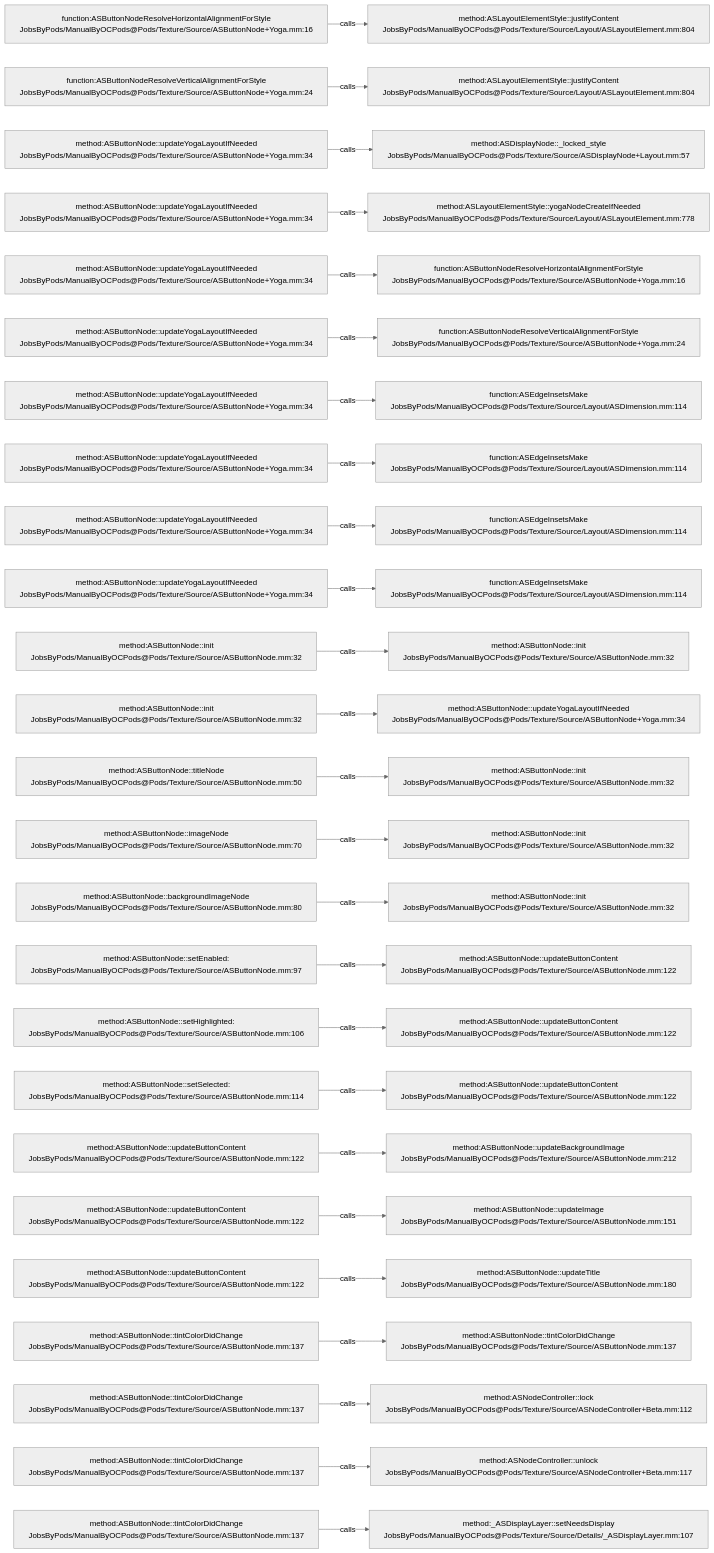
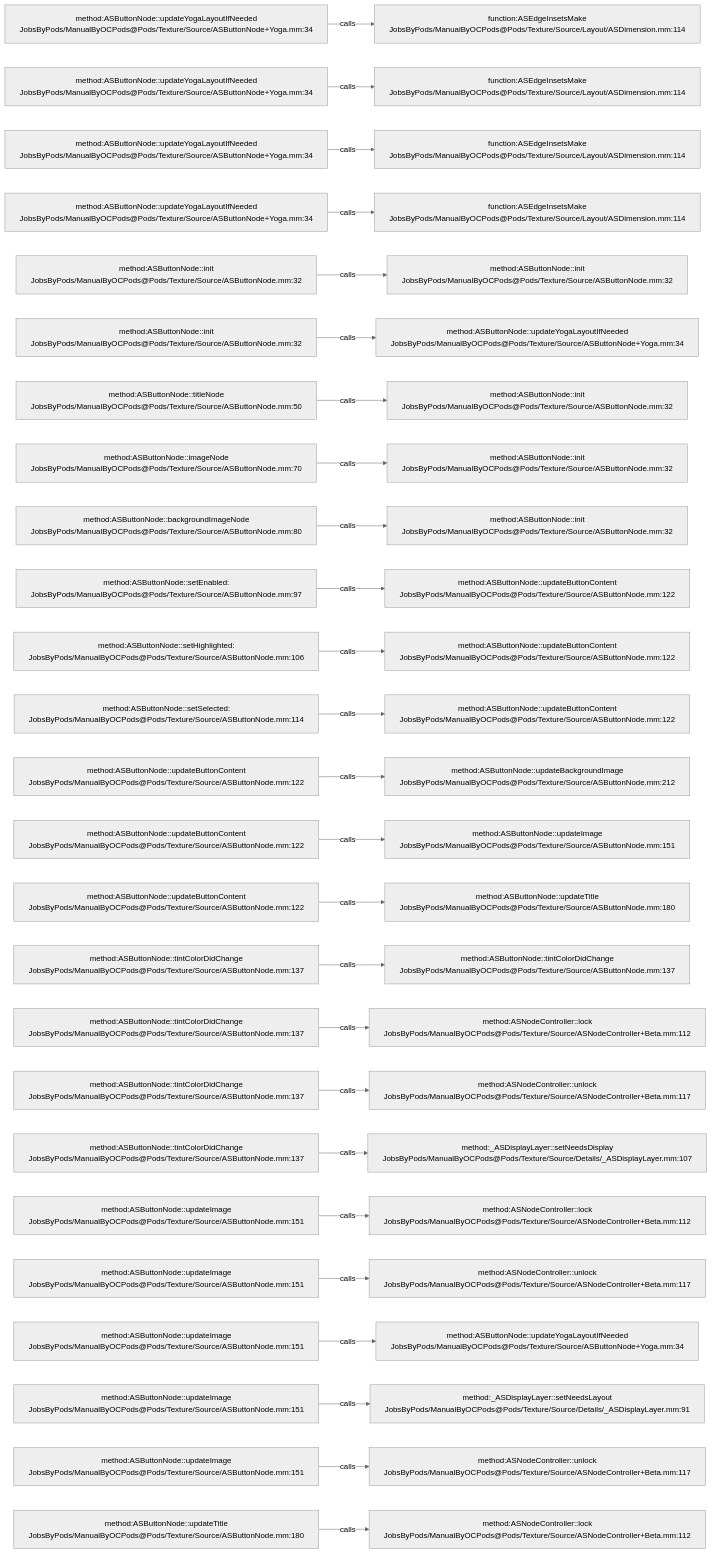
Before and after one commit to JobsKits/JobsOCBaseConfigDemo: the diagram in .codegraph/codegraph.md/graphs/calls-063.md, drawn with Mermaid (neutral theme). The commit also changed 666 other files, not shown here.

````diff
--- a/.codegraph/codegraph.md/graphs/calls-063.md
+++ b/.codegraph/codegraph.md/graphs/calls-063.md
@@ -13,78 +13,78 @@
 ```mermaid
 flowchart LR
-  S1["function:ASButtonNodeResolveHorizontalAlignmentForStyle<br/>JobsByPods/ManualByOCPods@Pods/Texture/Source/ASButtonNode+Yoga.mm:16"]
-  T1["method:ASLayoutElementStyle::justifyContent<br/>JobsByPods/ManualByOCPods@Pods/Texture/Source/Layout/ASLayoutElement.mm:804"]
+  S1["method:ASButtonNode::updateYogaLayoutIfNeeded<br/>JobsByPods/ManualByOCPods@Pods/Texture/Source/ASButtonNode+Yoga.mm:34"]
+  T1["function:ASEdgeInsetsMake<br/>JobsByPods/ManualByOCPods@Pods/Texture/Source/Layout/ASDimension.mm:114"]
   S1 -->|calls| T1
-  S2["function:ASButtonNodeResolveVerticalAlignmentForStyle<br/>JobsByPods/ManualByOCPods@Pods/Texture/Source/ASButtonNode+Yoga.mm:24"]
-  T2["method:ASLayoutElementStyle::justifyContent<br/>JobsByPods/ManualByOCPods@Pods/Texture/Source/Layout/ASLayoutElement.mm:804"]
+  S2["method:ASButtonNode::updateYogaLayoutIfNeeded<br/>JobsByPods/ManualByOCPods@Pods/Texture/Source/ASButtonNode+Yoga.mm:34"]
+  T2["function:ASEdgeInsetsMake<br/>JobsByPods/ManualByOCPods@Pods/Texture/Source/Layout/ASDimension.mm:114"]
   S2 -->|calls| T2
   S3["method:ASButtonNode::updateYogaLayoutIfNeeded<br/>JobsByPods/ManualByOCPods@Pods/Texture/Source/ASButtonNode+Yoga.mm:34"]
-  T3["method:ASDisplayNode::_locked_style<br/>JobsByPods/ManualByOCPods@Pods/Texture/Source/ASDisplayNode+Layout.mm:57"]
+  T3["function:ASEdgeInsetsMake<br/>JobsByPods/ManualByOCPods@Pods/Texture/Source/Layout/ASDimension.mm:114"]
   S3 -->|calls| T3
   S4["method:ASButtonNode::updateYogaLayoutIfNeeded<br/>JobsByPods/ManualByOCPods@Pods/Texture/Source/ASButtonNode+Yoga.mm:34"]
-  T4["method:ASLayoutElementStyle::yogaNodeCreateIfNeeded<br/>JobsByPods/ManualByOCPods@Pods/Texture/Source/Layout/ASLayoutElement.mm:778"]
+  T4["function:ASEdgeInsetsMake<br/>JobsByPods/ManualByOCPods@Pods/Texture/Source/Layout/ASDimension.mm:114"]
   S4 -->|calls| T4
-  S5["method:ASButtonNode::updateYogaLayoutIfNeeded<br/>JobsByPods/ManualByOCPods@Pods/Texture/Source/ASButtonNode+Yoga.mm:34"]
-  T5["function:ASButtonNodeResolveHorizontalAlignmentForStyle<br/>JobsByPods/ManualByOCPods@Pods/Texture/Source/ASButtonNode+Yoga.mm:16"]
+  S5["method:ASButtonNode::init<br/>JobsByPods/ManualByOCPods@Pods/Texture/Source/ASButtonNode.mm:32"]
+  T5["method:ASButtonNode::init<br/>JobsByPods/ManualByOCPods@Pods/Texture/Source/ASButtonNode.mm:32"]
   S5 -->|calls| T5
-  S6["method:ASButtonNode::updateYogaLayoutIfNeeded<br/>JobsByPods/ManualByOCPods@Pods/Texture/Source/ASButtonNode+Yoga.mm:34"]
-  T6["function:ASButtonNodeResolveVerticalAlignmentForStyle<br/>JobsByPods/ManualByOCPods@Pods/Texture/Source/ASButtonNode+Yoga.mm:24"]
+  S6["method:ASButtonNode::init<br/>JobsByPods/ManualByOCPods@Pods/Texture/Source/ASButtonNode.mm:32"]
+  T6["method:ASButtonNode::updateYogaLayoutIfNeeded<br/>JobsByPods/ManualByOCPods@Pods/Texture/Source/ASButtonNode+Yoga.mm:34"]
   S6 -->|calls| T6
-  S7["method:ASButtonNode::updateYogaLayoutIfNeeded<br/>JobsByPods/ManualByOCPods@Pods/Texture/Source/ASButtonNode+Yoga.mm:34"]
-  T7["function:ASEdgeInsetsMake<br/>JobsByPods/ManualByOCPods@Pods/Texture/Source/Layout/ASDimension.mm:114"]
+  S7["method:ASButtonNode::titleNode<br/>JobsByPods/ManualByOCPods@Pods/Texture/Source/ASButtonNode.mm:50"]
+  T7["method:ASButtonNode::init<br/>JobsByPods/ManualByOCPods@Pods/Texture/Source/ASButtonNode.mm:32"]
   S7 -->|calls| T7
-  S8["method:ASButtonNode::updateYogaLayoutIfNeeded<br/>JobsByPods/ManualByOCPods@Pods/Texture/Source/ASButtonNode+Yoga.mm:34"]
-  T8["function:ASEdgeInsetsMake<br/>JobsByPods/ManualByOCPods@Pods/Texture/Source/Layout/ASDimension.mm:114"]
+  S8["method:ASButtonNode::imageNode<br/>JobsByPods/ManualByOCPods@Pods/Texture/Source/ASButtonNode.mm:70"]
+  T8["method:ASButtonNode::init<br/>JobsByPods/ManualByOCPods@Pods/Texture/Source/ASButtonNode.mm:32"]
   S8 -->|calls| T8
-  S9["method:ASButtonNode::updateYogaLayoutIfNeeded<br/>JobsByPods/ManualByOCPods@Pods/Texture/Source/ASButtonNode+Yoga.mm:34"]
-  T9["function:ASEdgeInsetsMake<br/>JobsByPods/ManualByOCPods@Pods/Texture/Source/Layout/ASDimension.mm:114"]
+  S9["method:ASButtonNode::backgroundImageNode<br/>JobsByPods/ManualByOCPods@Pods/Texture/Source/ASButtonNode.mm:80"]
+  T9["method:ASButtonNode::init<br/>JobsByPods/ManualByOCPods@Pods/Texture/Source/ASButtonNode.mm:32"]
   S9 -->|calls| T9
-  S10["method:ASButtonNode::updateYogaLayoutIfNeeded<br/>JobsByPods/ManualByOCPods@Pods/Texture/Source/ASButtonNode+Yoga.mm:34"]
-  T10["function:ASEdgeInsetsMake<br/>JobsByPods/ManualByOCPods@Pods/Texture/Source/Layout/ASDimension.mm:114"]
+  S10["method:ASButtonNode::setEnabled:<br/>JobsByPods/ManualByOCPods@Pods/Texture/Source/ASButtonNode.mm:97"]
+  T10["method:ASButtonNode::updateButtonContent<br/>JobsByPods/ManualByOCPods@Pods/Texture/Source/ASButtonNode.mm:122"]
   S10 -->|calls| T10
-  S11["method:ASButtonNode::init<br/>JobsByPods/ManualByOCPods@Pods/Texture/Source/ASButtonNode.mm:32"]
-  T11["method:ASButtonNode::init<br/>JobsByPods/ManualByOCPods@Pods/Texture/Source/ASButtonNode.mm:32"]
+  S11["method:ASButtonNode::setHighlighted:<br/>JobsByPods/ManualByOCPods@Pods/Texture/Source/ASButtonNode.mm:106"]
+  T11["method:ASButtonNode::updateButtonContent<br/>JobsByPods/ManualByOCPods@Pods/Texture/Source/ASButtonNode.mm:122"]
   S11 -->|calls| T11
-  S12["method:ASButtonNode::init<br/>JobsByPods/ManualByOCPods@Pods/Texture/Source/ASButtonNode.mm:32"]
-  T12["method:ASButtonNode::updateYogaLayoutIfNeeded<br/>JobsByPods/ManualByOCPods@Pods/Texture/Source/ASButtonNode+Yoga.mm:34"]
+  S12["method:ASButtonNode::setSelected:<br/>JobsByPods/ManualByOCPods@Pods/Texture/Source/ASButtonNode.mm:114"]
+  T12["method:ASButtonNode::updateButtonContent<br/>JobsByPods/ManualByOCPods@Pods/Texture/Source/ASButtonNode.mm:122"]
   S12 -->|calls| T12
-  S13["method:ASButtonNode::titleNode<br/>JobsByPods/ManualByOCPods@Pods/Texture/Source/ASButtonNode.mm:50"]
-  T13["method:ASButtonNode::init<br/>JobsByPods/ManualByOCPods@Pods/Texture/Source/ASButtonNode.mm:32"]
+  S13["method:ASButtonNode::updateButtonContent<br/>JobsByPods/ManualByOCPods@Pods/Texture/Source/ASButtonNode.mm:122"]
+  T13["method:ASButtonNode::updateBackgroundImage<br/>JobsByPods/ManualByOCPods@Pods/Texture/Source/ASButtonNode.mm:212"]
   S13 -->|calls| T13
-  S14["method:ASButtonNode::imageNode<br/>JobsByPods/ManualByOCPods@Pods/Texture/Source/ASButtonNode.mm:70"]
-  T14["method:ASButtonNode::init<br/>JobsByPods/ManualByOCPods@Pods/Texture/Source/ASButtonNode.mm:32"]
+  S14["method:ASButtonNode::updateButtonContent<br/>JobsByPods/ManualByOCPods@Pods/Texture/Source/ASButtonNode.mm:122"]
+  T14["method:ASButtonNode::updateImage<br/>JobsByPods/ManualByOCPods@Pods/Texture/Source/ASButtonNode.mm:151"]
   S14 -->|calls| T14
-  S15["method:ASButtonNode::backgroundImageNode<br/>JobsByPods/ManualByOCPods@Pods/Texture/Source/ASButtonNode.mm:80"]
-  T15["method:ASButtonNode::init<br/>JobsByPods/ManualByOCPods@Pods/Texture/Source/ASButtonNode.mm:32"]
+  S15["method:ASButtonNode::updateButtonContent<br/>JobsByPods/ManualByOCPods@Pods/Texture/Source/ASButtonNode.mm:122"]
+  T15["method:ASButtonNode::updateTitle<br/>JobsByPods/ManualByOCPods@Pods/Texture/Source/ASButtonNode.mm:180"]
   S15 -->|calls| T15
-  S16["method:ASButtonNode::setEnabled:<br/>JobsByPods/ManualByOCPods@Pods/Texture/Source/ASButtonNode.mm:97"]
-  T16["method:ASButtonNode::updateButtonContent<br/>JobsByPods/ManualByOCPods@Pods/Texture/Source/ASButtonNode.mm:122"]
+  S16["method:ASButtonNode::tintColorDidChange<br/>JobsByPods/ManualByOCPods@Pods/Texture/Source/ASButtonNode.mm:137"]
+  T16["method:ASButtonNode::tintColorDidChange<br/>JobsByPods/ManualByOCPods@Pods/Texture/Source/ASButtonNode.mm:137"]
   S16 -->|calls| T16
-  S17["method:ASButtonNode::setHighlighted:<br/>JobsByPods/ManualByOCPods@Pods/Texture/Source/ASButtonNode.mm:106"]
-  T17["method:ASButtonNode::updateButtonContent<br/>JobsByPods/ManualByOCPods@Pods/Texture/Source/ASButtonNode.mm:122"]
+  S17["method:ASButtonNode::tintColorDidChange<br/>JobsByPods/ManualByOCPods@Pods/Texture/Source/ASButtonNode.mm:137"]
+  T17["method:ASNodeController::lock<br/>JobsByPods/ManualByOCPods@Pods/Texture/Source/ASNodeController+Beta.mm:112"]
   S17 -->|calls| T17
-  S18["method:ASButtonNode::setSelected:<br/>JobsByPods/ManualByOCPods@Pods/Texture/Source/ASButtonNode.mm:114"]
-  T18["method:ASButtonNode::updateButtonContent<br/>JobsByPods/ManualByOCPods@Pods/Texture/Source/ASButtonNode.mm:122"]
+  S18["method:ASButtonNode::tintColorDidChange<br/>JobsByPods/ManualByOCPods@Pods/Texture/Source/ASButtonNode.mm:137"]
+  T18["method:ASNodeController::unlock<br/>JobsByPods/ManualByOCPods@Pods/Texture/Source/ASNodeController+Beta.mm:117"]
   S18 -->|calls| T18
-  S19["method:ASButtonNode::updateButtonContent<br/>JobsByPods/ManualByOCPods@Pods/Texture/Source/ASButtonNode.mm:122"]
-  T19["method:ASButtonNode::updateBackgroundImage<br/>JobsByPods/ManualByOCPods@Pods/Texture/Source/ASButtonNode.mm:212"]
+  S19["method:ASButtonNode::tintColorDidChange<br/>JobsByPods/ManualByOCPods@Pods/Texture/Source/ASButtonNode.mm:137"]
+  T19["method:_ASDisplayLayer::setNeedsDisplay<br/>JobsByPods/ManualByOCPods@Pods/Texture/Source/Details/_ASDisplayLayer.mm:107"]
   S19 -->|calls| T19
-  S20["method:ASButtonNode::updateButtonContent<br/>JobsByPods/ManualByOCPods@Pods/Texture/Source/ASButtonNode.mm:122"]
-  T20["method:ASButtonNode::updateImage<br/>JobsByPods/ManualByOCPods@Pods/Texture/Source/ASButtonNode.mm:151"]
+  S20["method:ASButtonNode::updateImage<br/>JobsByPods/ManualByOCPods@Pods/Texture/Source/ASButtonNode.mm:151"]
+  T20["method:ASNodeController::lock<br/>JobsByPods/ManualByOCPods@Pods/Texture/Source/ASNodeController+Beta.mm:112"]
   S20 -->|calls| T20
-  S21["method:ASButtonNode::updateButtonContent<br/>JobsByPods/ManualByOCPods@Pods/Texture/Source/ASButtonNode.mm:122"]
-  T21["method:ASButtonNode::updateTitle<br/>JobsByPods/ManualByOCPods@Pods/Texture/Source/ASButtonNode.mm:180"]
+  S21["method:ASButtonNode::updateImage<br/>JobsByPods/ManualByOCPods@Pods/Texture/Source/ASButtonNode.mm:151"]
+  T21["method:ASNodeController::unlock<br/>JobsByPods/ManualByOCPods@Pods/Texture/Source/ASNodeController+Beta.mm:117"]
   S21 -->|calls| T21
-  S22["method:ASButtonNode::tintColorDidChange<br/>JobsByPods/ManualByOCPods@Pods/Texture/Source/ASButtonNode.mm:137"]
-  T22["method:ASButtonNode::tintColorDidChange<br/>JobsByPods/ManualByOCPods@Pods/Texture/Source/ASButtonNode.mm:137"]
+  S22["method:ASButtonNode::updateImage<br/>JobsByPods/ManualByOCPods@Pods/Texture/Source/ASButtonNode.mm:151"]
+  T22["method:ASButtonNode::updateYogaLayoutIfNeeded<br/>JobsByPods/ManualByOCPods@Pods/Texture/Source/ASButtonNode+Yoga.mm:34"]
   S22 -->|calls| T22
-  S23["method:ASButtonNode::tintColorDidChange<br/>JobsByPods/ManualByOCPods@Pods/Texture/Source/ASButtonNode.mm:137"]
-  T23["method:ASNodeController::lock<br/>JobsByPods/ManualByOCPods@Pods/Texture/Source/ASNodeController+Beta.mm:112"]
+  S23["method:ASButtonNode::updateImage<br/>JobsByPods/ManualByOCPods@Pods/Texture/Source/ASButtonNode.mm:151"]
+  T23["method:_ASDisplayLayer::setNeedsLayout<br/>JobsByPods/ManualByOCPods@Pods/Texture/Source/Details/_ASDisplayLayer.mm:91"]
   S23 -->|calls| T23
-  S24["method:ASButtonNode::tintColorDidChange<br/>JobsByPods/ManualByOCPods@Pods/Texture/Source/ASButtonNode.mm:137"]
+  S24["method:ASButtonNode::updateImage<br/>JobsByPods/ManualByOCPods@Pods/Texture/Source/ASButtonNode.mm:151"]
   T24["method:ASNodeController::unlock<br/>JobsByPods/ManualByOCPods@Pods/Texture/Source/ASNodeController+Beta.mm:117"]
   S24 -->|calls| T24
-  S25["method:ASButtonNode::tintColorDidChange<br/>JobsByPods/ManualByOCPods@Pods/Texture/Source/ASButtonNode.mm:137"]
-  T25["method:_ASDisplayLayer::setNeedsDisplay<br/>JobsByPods/ManualByOCPods@Pods/Texture/Source/Details/_ASDisplayLayer.mm:107"]
+  S25["method:ASButtonNode::updateTitle<br/>JobsByPods/ManualByOCPods@Pods/Texture/Source/ASButtonNode.mm:180"]
+  T25["method:ASNodeController::lock<br/>JobsByPods/ManualByOCPods@Pods/Texture/Source/ASNodeController+Beta.mm:112"]
   S25 -->|calls| T25
 ```
````
